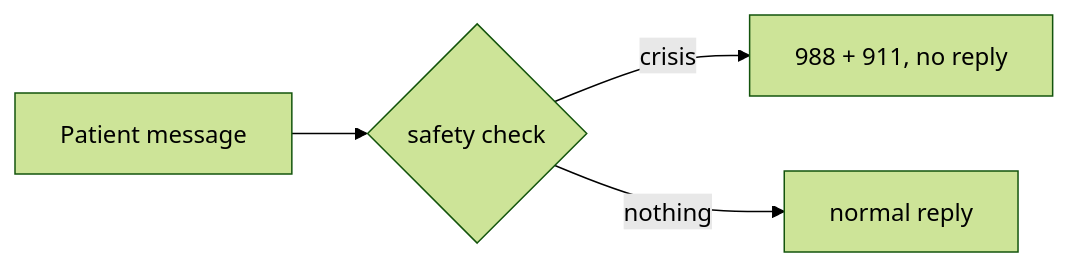
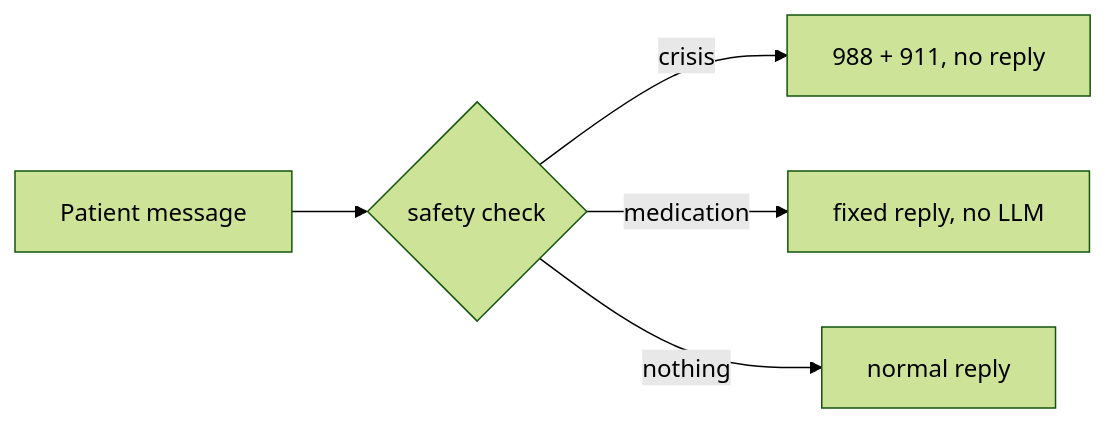
The diagram in services/api-gateway/README.md (mirror-ac215/AC215_Mirror), drawn with Mermaid (forest theme) before and after one commit. The commit also changed other lines of this file and 6 other files, not shown here.

````diff
--- a/services/api-gateway/README.md
+++ b/services/api-gateway/README.md
@@ -63,6 +64,7 @@
 ```mermaid
 flowchart LR
     M[Patient message] --> S{safety check}
     S -- crisis --> C[988 + 911, no reply]
+    S -- medication --> F[fixed reply, no LLM]
     S -- nothing --> N[normal reply]
 ```
````
